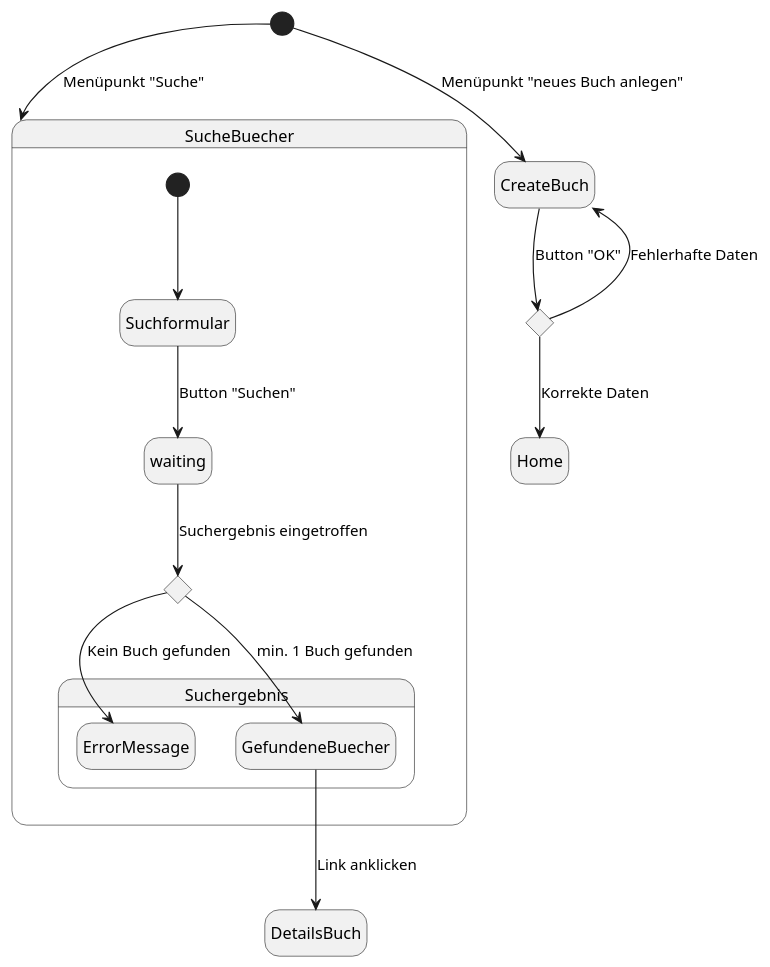
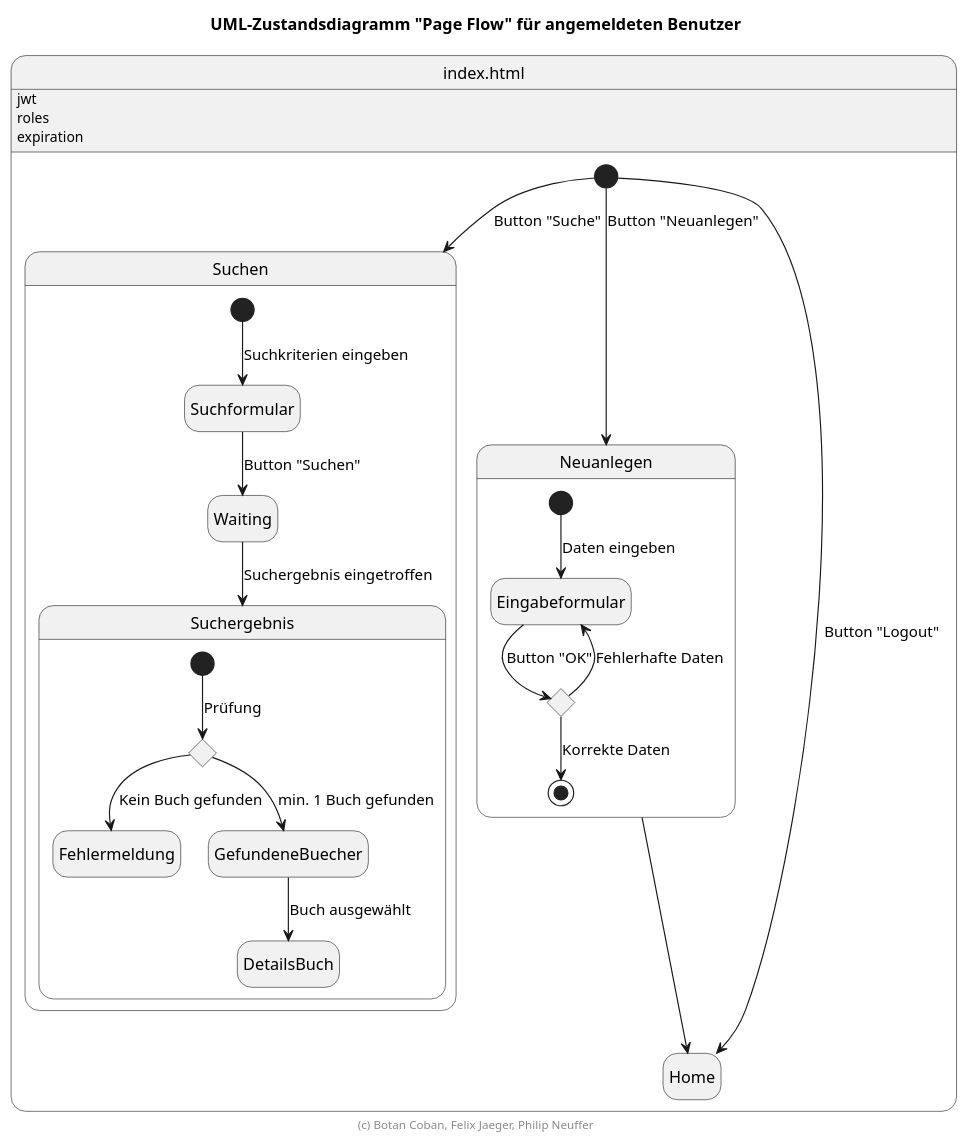
One commit to rirag12345/SWE-Abgabe-2-Gruppe-1 changed the diagram in extras/docs/zustandsdiagramm.puml. Above: the diagram before and after it, drawn with PlantUML.

Commit message:
Zustandsdiagramm

```diff
--- a/extras/docs/zustandsdiagramm.puml
+++ b/extras/docs/zustandsdiagramm.puml
@@ -1,36 +1,48 @@
 @startuml SWE-Gruppe-1-Abgabe-2
 
 hide empty description
 
-state SucheBuecher{
-    state c <<choice>>
+state "index.html" as index {
+index : jwt
+index : roles
+index : expiration
 
-    [*] --> Suchformular
+state Suchen{
 
-    Suchformular --> waiting: Button "Suchen"
+    [*] --> Suchformular : Suchkriterien eingeben
 
-    waiting --> c: Suchergebnis eingetroffen
+    Suchformular --> Waiting: Button "Suchen"
 
     state Suchergebnis{
-        c --> ErrorMessage: Kein Buch gefunden
+        state c <<choice>>
+        [*] --> c : Prüfung
+        c --> Fehlermeldung: Kein Buch gefunden
         c --> GefundeneBuecher: min. 1 Buch gefunden
+        GefundeneBuecher --> DetailsBuch : Buch ausgewählt
     }
+
+    Waiting --> Suchergebnis : Suchergebnis eingetroffen
 }
 
-GefundeneBuecher --> DetailsBuch: Link anklicken
+state Neuanlegen {
+    state c2 <<choice>>
 
-[*] --> SucheBuecher: Menüpunkt "Suche"
+    [*] --> Eingabeformular : Daten eingeben
+    Eingabeformular --> c2: Button "OK"
 
-[*] --> CreateBuch: Menüpunkt "neues Buch anlegen"
+    c2 -up-> Eingabeformular: Fehlerhafte Daten
+    c2 --> [*]: Korrekte Daten
+}
 
-state c2 <<choice>>
+[*] --> Suchen: Button "Suche"
+[*] --> Neuanlegen: Button "Neuanlegen"
 
-CreateBuch --> c2: Button "OK"
+[*] --> Home: Button "Logout"
+Neuanlegen --> Home
 
-c2 --> CreateBuch: Fehlerhafte Daten
+}
 
-c2 --> Home: Korrekte Daten
-
-
+title UML-Zustandsdiagramm "Page Flow" für angemeldeten Benutzer
+footer (c) Botan Coban, Felix Jaeger, Philip Neuffer
 
 @enduml
```
